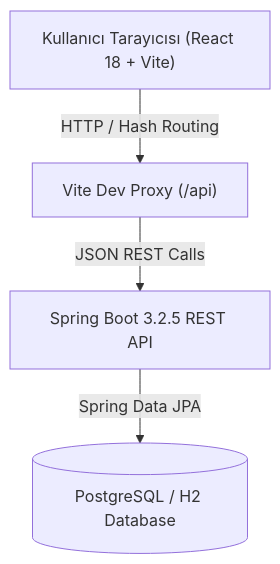
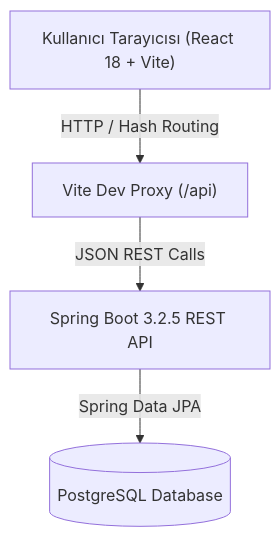
Before and after one commit to Emre8256/Seenly: the diagram in PROJECT_DOCUMENTATION.md, drawn with Mermaid. The commit also changed other lines of this file and 2690 other files, not shown here.

````diff
--- a/PROJECT_DOCUMENTATION.md
+++ b/PROJECT_DOCUMENTATION.md
@@ -23,11 +23,11 @@
 ```mermaid
 graph TD
     Client["Kullanıcı Tarayıcısı (React 18 + Vite)"]
     ViteProxy["Vite Dev Proxy (/api)"]
     Backend["Spring Boot 3.2.5 REST API"]
-    DB[("PostgreSQL / H2 Database")]
+    DB[("PostgreSQL Database")]
 
     Client -->|HTTP / Hash Routing| ViteProxy
     ViteProxy -->|JSON REST Calls| Backend
     Backend -->|Spring Data JPA| DB
 ```
````
